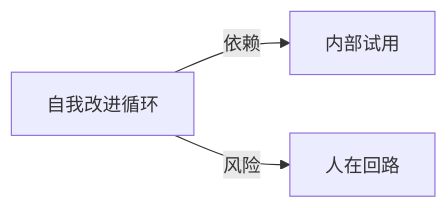
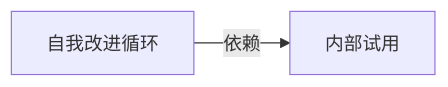
One commit to yibie/claude-best-practices-zh changed the diagram in wiki/自我改进循环.md. Above: the diagram before and after it, drawn with Mermaid. The commit also changed other lines of this file and 407 other files, not shown here.

Commit message:
feat: DeepSeek 三遍审校（译文/关系/图谱）+ 可部署静态站点

````diff
--- a/wiki/自我改进循环.md
+++ b/wiki/自我改进循环.md
@@ -38,6 +39,5 @@
 ```mermaid
 graph LR
   C["自我改进循环"]
   C -->|依赖| N0["内部试用"]
-  C -->|风险| N1["人在回路"]
 ```
````
